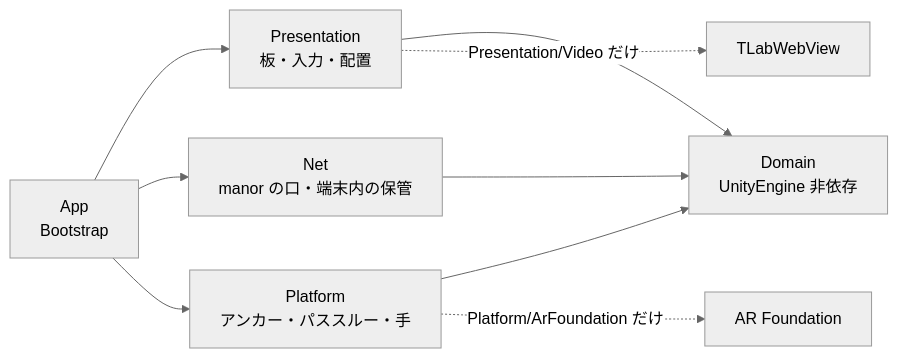
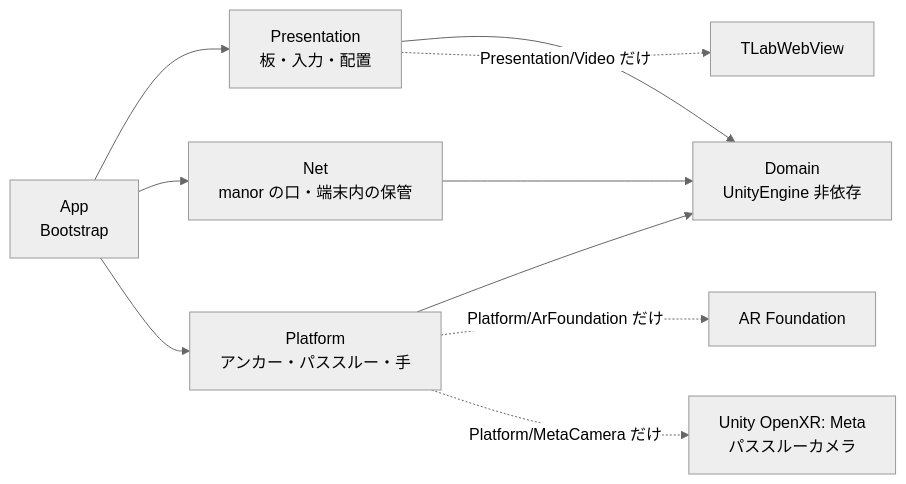
Before and after one commit to kazuhiro1999/KitchenXR: the diagram in Docs/ARCHITECTURE.md, drawn with Mermaid (neutral theme). The commit also changed other lines of this file and 1 other file, not shown here.

First line of the commit message:
文書: カメラの下見（ARCHITECTURE §8・ROADMAP の v1-d (a)）

````diff
--- a/Docs/ARCHITECTURE.md
+++ b/Docs/ARCHITECTURE.md
@@ -8,11 +8,12 @@
 ```mermaid
 graph LR
   App[App<br/>Bootstrap] --> Pres[Presentation<br/>板・入力・配置]
   App --> Net[Net<br/>manor の口・端末内の保管]
   App --> Plat[Platform<br/>アンカー・パススルー・手]
   Pres --> Dom[Domain<br/>UnityEngine 非依存]
   Net --> Dom
   Plat --> Dom
   Pres -.->|Presentation/Video だけ| Web[TLabWebView]
   Plat -.->|Platform/ArFoundation だけ| AR[AR Foundation]
+  Plat -.->|Platform/MetaCamera だけ| Cam[Unity OpenXR: Meta<br/>パススルーカメラ]
 ```
````
